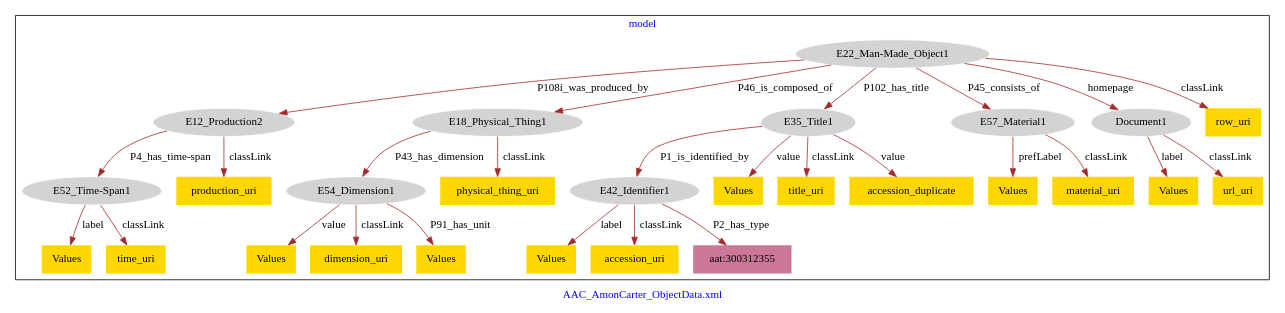
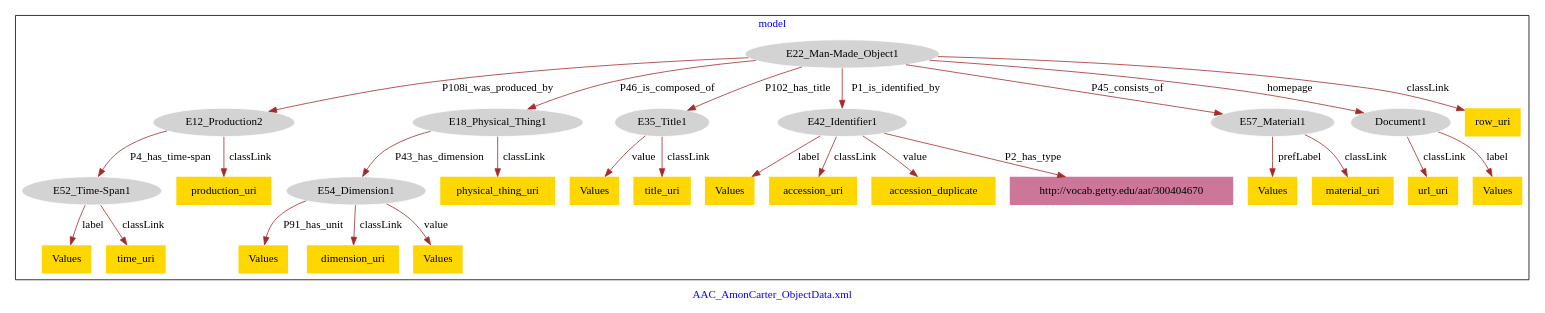
The diagram in ObjectData/acm-objects-model.dot (american-art/acm), drawn with Graphviz before and after one commit.

Commit message:
Update file acm-objects-model.dot

```diff
--- a/ObjectData/acm-objects-model.dot
+++ b/ObjectData/acm-objects-model.dot
@@ -1,61 +1,61 @@
 digraph n0 {
 fontcolor="blue"
 remincross="true"
 label="AAC_AmonCarter_ObjectData.xml"
 subgraph cluster {
 label="model"
 n2[style="filled",color="white",fillcolor="lightgray",label="E12_Production2"];
 n3[style="filled",color="white",fillcolor="lightgray",label="E52_Time-Span1"];
 n4[style="filled",color="white",fillcolor="lightgray",label="E18_Physical_Thing1"];
 n5[style="filled",color="white",fillcolor="lightgray",label="E54_Dimension1"];
 n6[style="filled",color="white",fillcolor="lightgray",label="E22_Man-Made_Object1"];
 n7[style="filled",color="white",fillcolor="lightgray",label="E35_Title1"];
-n8[style="filled",color="white",fillcolor="lightgray",label="E57_Material1"];
-n9[style="filled",color="white",fillcolor="lightgray",label="Document1"];
-n10[style="filled",color="white",fillcolor="lightgray",label="E42_Identifier1"];
-n11[shape="plaintext",style="filled",fillcolor="gold",label="row_uri"];
+n8[style="filled",color="white",fillcolor="lightgray",label="E42_Identifier1"];
+n9[style="filled",color="white",fillcolor="lightgray",label="E57_Material1"];
+n10[style="filled",color="white",fillcolor="lightgray",label="Document1"];
+n11[shape="plaintext",style="filled",fillcolor="gold",label="Values"];
 n12[shape="plaintext",style="filled",fillcolor="gold",label="Values"];
-n13[shape="plaintext",style="filled",fillcolor="gold",label="Values"];
-n14[shape="plaintext",style="filled",fillcolor="gold",label="dimension_uri"];
-n15[shape="plaintext",style="filled",fillcolor="gold",label="Values"];
-n16[shape="plaintext",style="filled",fillcolor="gold",label="production_uri"];
-n17[shape="plaintext",style="filled",fillcolor="gold",label="Values"];
-n18[shape="plaintext",style="filled",fillcolor="gold",label="time_uri"];
-n19[shape="plaintext",style="filled",fillcolor="gold",label="Values"];
-n20[shape="plaintext",style="filled",fillcolor="gold",label="physical_thing_uri"];
-n21[shape="plaintext",style="filled",fillcolor="gold",label="accession_uri"];
-n22[shape="plaintext",style="filled",fillcolor="gold",label="title_uri"];
-n23[shape="plaintext",style="filled",fillcolor="gold",label="Values"];
-n24[shape="plaintext",style="filled",fillcolor="gold",label="Values"];
-n25[shape="plaintext",style="filled",fillcolor="gold",label="url_uri"];
-n26[shape="plaintext",style="filled",fillcolor="gold",label="material_uri"];
-n27[shape="plaintext",style="filled",fillcolor="gold",label="accession_duplicate"];
-n28[shape="plaintext",style="filled",fillcolor="#CC7799",label="aat:300312355"];
+n13[shape="plaintext",style="filled",fillcolor="gold",label="physical_thing_uri"];
+n14[shape="plaintext",style="filled",fillcolor="gold",label="Values"];
+n15[shape="plaintext",style="filled",fillcolor="gold",label="title_uri"];
+n16[shape="plaintext",style="filled",fillcolor="gold",label="Values"];
+n17[shape="plaintext",style="filled",fillcolor="gold",label="material_uri"];
+n18[shape="plaintext",style="filled",fillcolor="gold",label="Values"];
+n19[shape="plaintext",style="filled",fillcolor="gold",label="url_uri"];
+n20[shape="plaintext",style="filled",fillcolor="gold",label="dimension_uri"];
+n21[shape="plaintext",style="filled",fillcolor="gold",label="Values"];
+n22[shape="plaintext",style="filled",fillcolor="gold",label="production_uri"];
+n23[shape="plaintext",style="filled",fillcolor="gold",label="time_uri"];
+n24[shape="plaintext",style="filled",fillcolor="gold",label="accession_uri"];
+n25[shape="plaintext",style="filled",fillcolor="gold",label="Values"];
+n26[shape="plaintext",style="filled",fillcolor="gold",label="accession_duplicate"];
+n27[shape="plaintext",style="filled",fillcolor="gold",label="row_uri"];
+n28[shape="plaintext",style="filled",fillcolor="#CC7799",label="http://vocab.getty.edu/aat/300404670"];
 }
 n2 -> n3[color="brown",fontcolor="black",label="P4_has_time-span"]
 n4 -> n5[color="brown",fontcolor="black",label="P43_has_dimension"]
 n6 -> n2[color="brown",fontcolor="black",label="P108i_was_produced_by"]
 n6 -> n4[color="brown",fontcolor="black",label="P46_is_composed_of"]
 n6 -> n7[color="brown",fontcolor="black",label="P102_has_title"]
-n6 -> n8[color="brown",fontcolor="black",label="P45_consists_of"]
-n6 -> n9[color="brown",fontcolor="black",label="homepage"]
-n7 -> n10[color="brown",fontcolor="black",label="P1_is_identified_by"]
-n6 -> n11[color="brown",fontcolor="black",label="classLink"]
-n5 -> n12[color="brown",fontcolor="black",label="value"]
-n9 -> n13[color="brown",fontcolor="black",label="label"]
-n5 -> n14[color="brown",fontcolor="black",label="classLink"]
-n7 -> n15[color="brown",fontcolor="black",label="value"]
-n2 -> n16[color="brown",fontcolor="black",label="classLink"]
-n3 -> n17[color="brown",fontcolor="black",label="label"]
-n3 -> n18[color="brown",fontcolor="black",label="classLink"]
-n10 -> n19[color="brown",fontcolor="black",label="label"]
-n4 -> n20[color="brown",fontcolor="black",label="classLink"]
-n10 -> n21[color="brown",fontcolor="black",label="classLink"]
-n7 -> n22[color="brown",fontcolor="black",label="classLink"]
-n8 -> n23[color="brown",fontcolor="black",label="prefLabel"]
-n5 -> n24[color="brown",fontcolor="black",label="P91_has_unit"]
-n9 -> n25[color="brown",fontcolor="black",label="classLink"]
-n8 -> n26[color="brown",fontcolor="black",label="classLink"]
-n7 -> n27[color="brown",fontcolor="black",label="value"]
-n10 -> n28[color="brown",fontcolor="black",label="P2_has_type"]
+n6 -> n8[color="brown",fontcolor="black",label="P1_is_identified_by"]
+n6 -> n9[color="brown",fontcolor="black",label="P45_consists_of"]
+n6 -> n10[color="brown",fontcolor="black",label="homepage"]
+n7 -> n11[color="brown",fontcolor="black",label="value"]
+n3 -> n12[color="brown",fontcolor="black",label="label"]
+n4 -> n13[color="brown",fontcolor="black",label="classLink"]
+n8 -> n14[color="brown",fontcolor="black",label="label"]
+n7 -> n15[color="brown",fontcolor="black",label="classLink"]
+n9 -> n16[color="brown",fontcolor="black",label="prefLabel"]
+n9 -> n17[color="brown",fontcolor="black",label="classLink"]
+n5 -> n18[color="brown",fontcolor="black",label="P91_has_unit"]
+n10 -> n19[color="brown",fontcolor="black",label="classLink"]
+n5 -> n20[color="brown",fontcolor="black",label="classLink"]
+n5 -> n21[color="brown",fontcolor="black",label="value"]
+n2 -> n22[color="brown",fontcolor="black",label="classLink"]
+n3 -> n23[color="brown",fontcolor="black",label="classLink"]
+n8 -> n24[color="brown",fontcolor="black",label="classLink"]
+n10 -> n25[color="brown",fontcolor="black",label="label"]
+n8 -> n26[color="brown",fontcolor="black",label="value"]
+n6 -> n27[color="brown",fontcolor="black",label="classLink"]
+n8 -> n28[color="brown",fontcolor="black",label="P2_has_type"]
 }
```
